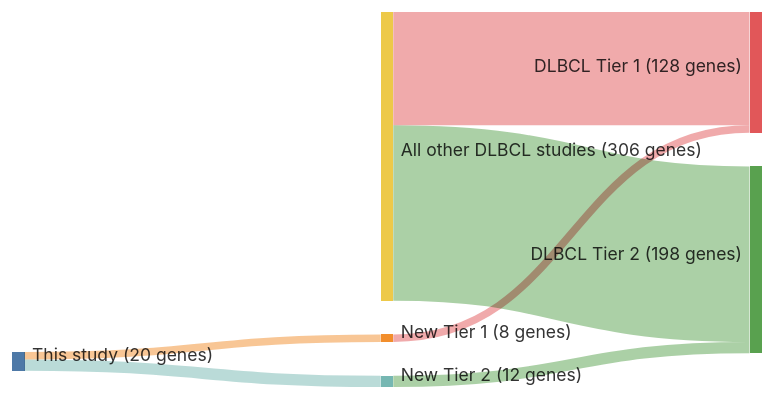
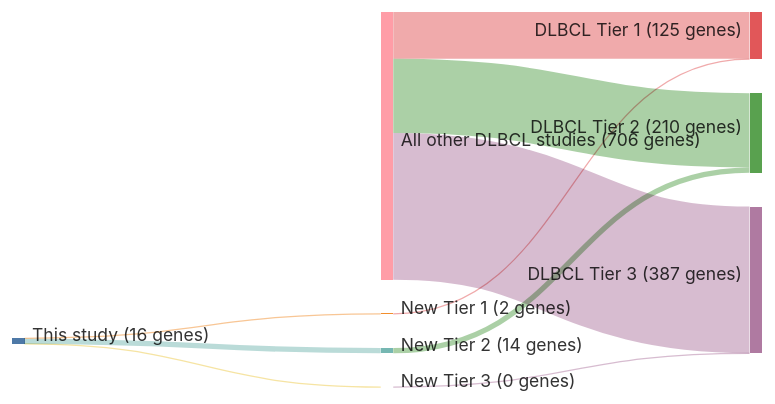
Before and after one commit to morinlab/lymphopedia: the diagram in papers/arthurGenomewideDiscoverySomatic2018.md, drawn with Mermaid. The commit also changed other lines of this file and 81 other files, not shown here.

````diff
--- a/papers/arthurGenomewideDiscoverySomatic2018.md
+++ b/papers/arthurGenomewideDiscoverySomatic2018.md
@@ -12,20 +12,23 @@
 ```mermaid
 ---
 config:
     sankey:
         showValues: true
         linkColor: target
         width: 600
         height: 300
         nodeAlignment: right
         prefix: '('
         suffix: ' genes)'
 ---
 sankey-beta
-This study, New Tier 1, 8
-New Tier 1, DLBCL Tier 1, 8
-This study, New Tier 2, 12
-New Tier 2, DLBCL Tier 2, 12
-All other DLBCL studies, DLBCL Tier 1, 120
-All other DLBCL studies, DLBCL Tier 2, 186
+This study, New Tier 1, 2
+New Tier 1, DLBCL Tier 1, 2
+This study, New Tier 2, 14
+New Tier 2, DLBCL Tier 2, 14
+This study, New Tier 3, 0
+New Tier 3, DLBCL Tier 3, 0
+All other DLBCL studies, DLBCL Tier 1, 123
+All other DLBCL studies, DLBCL Tier 2, 196
+All other DLBCL studies, DLBCL Tier 3, 387
 ```
````
